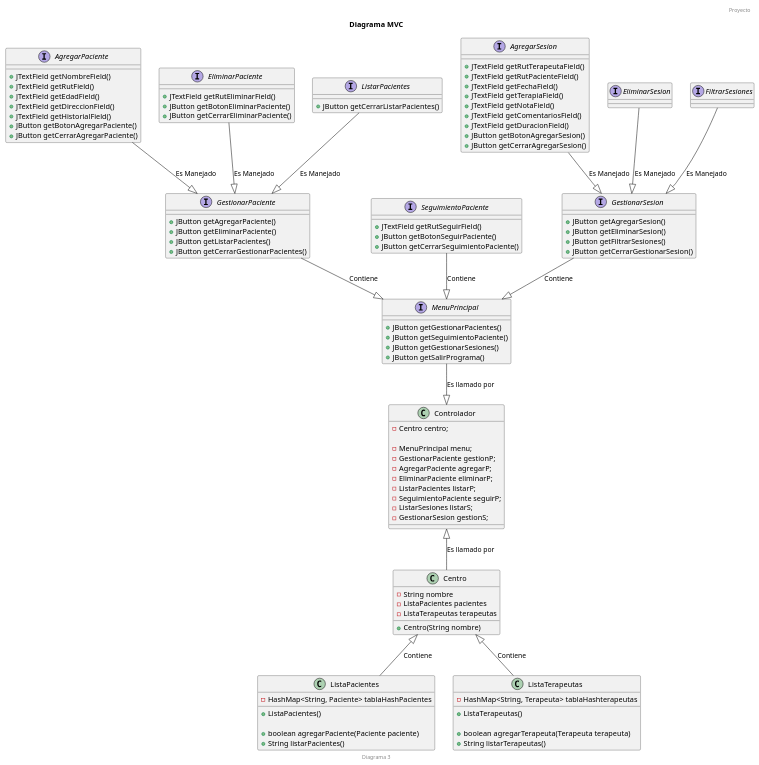
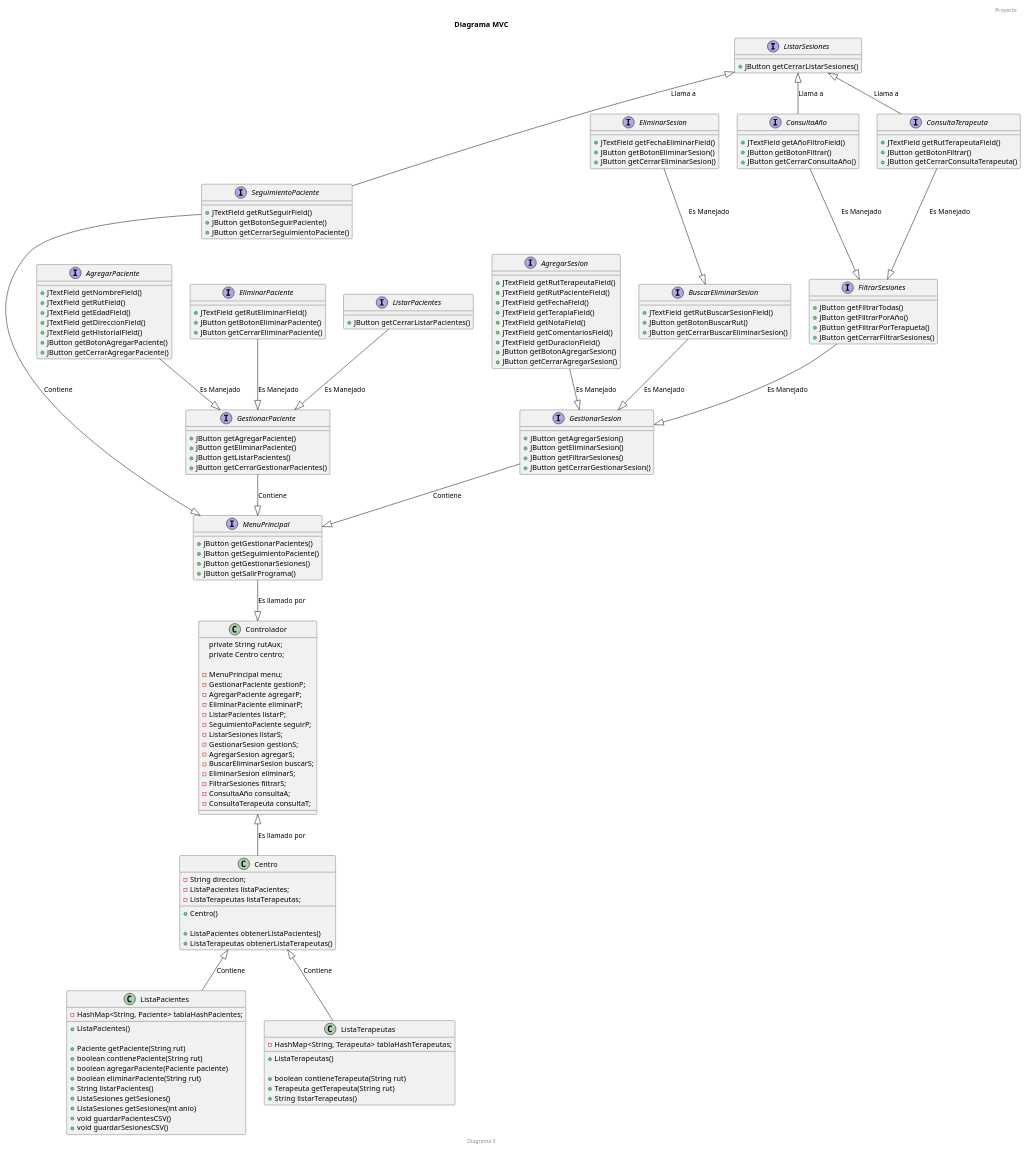
One commit to Ian-Misael/Proyecto-SIA changed the diagram in src/main/java/Diagramas/Diagrama de MVC.puml. Above: the diagram before and after it, drawn with PlantUML. The commit also changed 32 other files, not shown here.

Commit message:
Eliminar y FIltrar Listos, diagramas ok

```diff
--- a/src/main/java/Diagramas/Diagrama de MVC.puml
+++ b/src/main/java/Diagramas/Diagrama de MVC.puml
@@ -1,130 +1,178 @@
 @startuml Programa
 
 title Diagrama MVC
 header Proyecto
 footer Diagrama 3
 
-
 class Controlador {
-    - Centro centro;
+    private String rutAux; 
+    private Centro centro;
 
     - MenuPrincipal menu;
     - GestionarPaciente gestionP;
     - AgregarPaciente agregarP;
     - EliminarPaciente eliminarP;
     - ListarPacientes listarP;
     - SeguimientoPaciente seguirP;
     - ListarSesiones listarS;
     - GestionarSesion gestionS;
+    - AgregarSesion agregarS;
+    - BuscarEliminarSesion buscarS;
+    - EliminarSesion eliminarS;
+    - FiltrarSesiones filtrarS;
+    - ConsultaAño consultaA;
+    - ConsultaTerapeuta consultaT;
 }
 
 class Centro {
-    - String nombre
-    - ListaPacientes pacientes
-    - ListaTerapeutas terapeutas
-
-    + Centro(String nombre)
+    - String direccion;
+    - ListaPacientes listaPacientes;
+    - ListaTerapeutas listaTerapeutas;
     
+    + Centro()
+    
+    + ListaPacientes obtenerListaPacientes()
+    + ListaTerapeutas obtenerListaTerapeutas()
 }
 
 class ListaPacientes {
-    - HashMap<String, Paciente> tablaHashPacientes
+    - HashMap<String, Paciente> tablaHashPacientes;
 
     + ListaPacientes()
-
+    
+    + Paciente getPaciente(String rut)
+    + boolean contienePaciente(String rut)
     + boolean agregarPaciente(Paciente paciente)
+    + boolean eliminarPaciente(String rut)
     + String listarPacientes()
+    + ListaSesiones getSesiones()
+    + ListaSesiones getSesiones(int anio)
+    + void guardarPacientesCSV()
+    + void guardarSesionesCSV()
 }
 
 class ListaTerapeutas {
-    - HashMap<String, Terapeuta> tablaHashterapeutas
+    - HashMap<String, Terapeuta> tablaHashTerapeutas;
 
     + ListaTerapeutas()
 
-    + boolean agregarTerapeuta(Terapeuta terapeuta)
-    + String listarTerapeutas()
+    + boolean contieneTerapeuta(String rut)
+    + Terapeuta getTerapeuta(String rut)
+    + String listarTerapeutas() 
 }
 
 interface MenuPrincipal {
     + JButton getGestionarPacientes()
     + JButton getSeguimientoPaciente()
     + JButton getGestionarSesiones()
     + JButton getSalirPrograma()
 }
 
 interface GestionarPaciente {
     + JButton getAgregarPaciente()
     + JButton getEliminarPaciente()
     + JButton getListarPacientes()
     + JButton getCerrarGestionarPacientes()
 }
 
 interface AgregarPaciente {
     + JTextField getNombreField()
     + JTextField getRutField()
     + JTextField getEdadField()
     + JTextField getDireccionField()
     + JTextField getHistorialField()
     + JButton getBotonAgregarPaciente()
     + JButton getCerrarAgregarPaciente()
 }
 
 interface EliminarPaciente {
     + JTextField getRutEliminarField()
     + JButton getBotonEliminarPaciente()
     + JButton getCerrarEliminarPaciente()
 }
 
 interface ListarPacientes {
     + JButton getCerrarListarPacientes()
 }
 
 interface SeguimientoPaciente {
     + JTextField getRutSeguirField()
     + JButton getBotonSeguirPaciente()
     + JButton getCerrarSeguimientoPaciente()
 }
 
+interface ListarSesiones {
+    + JButton getCerrarListarSesiones()
+}
+
 interface GestionarSesion {
     + JButton getAgregarSesion()
     + JButton getEliminarSesion()
     + JButton getFiltrarSesiones()
     + JButton getCerrarGestionarSesion()
 }
 
 interface AgregarSesion {
     + JTextField getRutTerapeutaField()
     + JTextField getRutPacienteField()
     + JTextField getFechaField()
     + JTextField getTerapiaField()
     + JTextField getNotaField()
     + JTextField getComentariosField()
     + JTextField getDuracionField()
     + JButton getBotonAgregarSesion()
     + JButton getCerrarAgregarSesion()
 }
 
+interface BuscarEliminarSesion {
+    + JTextField getRutBuscarSesionField()
+    + JButton getBotonBuscarRut()
+    + JButton getCerrarBuscarEliminarSesion()
+}
+
 interface EliminarSesion {
-
+    + JTextField getFechaEliminarField()
+    + JButton getBotonEliminarSesion()
+    + JButton getCerrarEliminarSesion()
 }
 
 interface FiltrarSesiones {
+    + JButton getFiltrarTodas()
+    + JButton getFiltrarPorAño()
+    + JButton getFiltrarPorTerapueta()
+    + JButton getCerrarFiltrarSesiones()
+}
 
+interface ConsultaAño {
+    + JTextField getAñoFiltroField()
+    + JButton getBotonFiltrar()
+    + JButton getCerrarConsultaAño()
+}
+
+interface ConsultaTerapeuta {
+    + JTextField getRutTerapeutaField()
+    + JButton getBotonFiltrar()
+    + JButton getCerrarConsultaTerapeuta()
 }
 
 Centro -up-|> Controlador : Es llamado por
 ListaPacientes -up-|> Centro : Contiene
 ListaTerapeutas -up-|> Centro : Contiene
 
 MenuPrincipal -down-|> Controlador : Es llamado por
 GestionarPaciente -down-|> MenuPrincipal : Contiene
 AgregarPaciente -down-|> GestionarPaciente : Es Manejado
 EliminarPaciente -down-|> GestionarPaciente : Es Manejado
 ListarPacientes -down-|> GestionarPaciente : Es Manejado
 SeguimientoPaciente -down-|> MenuPrincipal : Contiene
+SeguimientoPaciente -up-|> ListarSesiones : Llama a
 GestionarSesion -down-|> MenuPrincipal : Contiene
 AgregarSesion -down-|> GestionarSesion : Es Manejado
-EliminarSesion -down-|> GestionarSesion : Es Manejado
+BuscarEliminarSesion -down-|> GestionarSesion :Es Manejado
+EliminarSesion -down-|> BuscarEliminarSesion : Es Manejado
 FiltrarSesiones -down-|> GestionarSesion : Es Manejado
-
+ConsultaAño -down-|> FiltrarSesiones : Es Manejado
+ConsultaAño -up-|> ListarSesiones : Llama a
+ConsultaTerapeuta -down-|> FiltrarSesiones : Es Manejado
+ConsultaTerapeuta -up-|> ListarSesiones : Llama a
 @enduml
```
